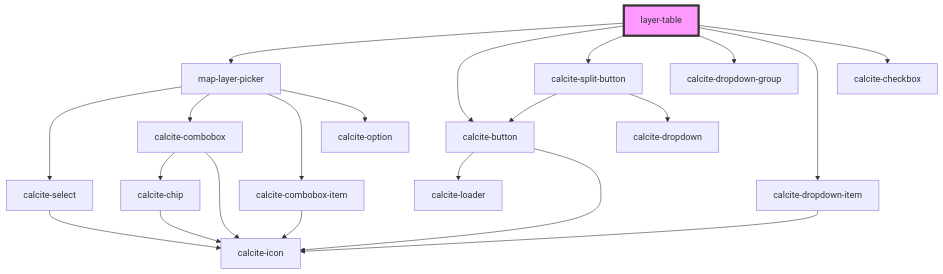
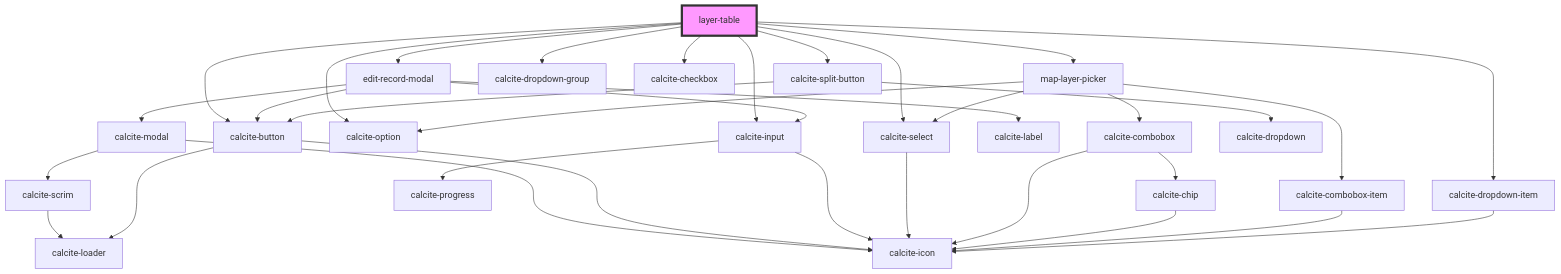
One commit to Esri/solutions-components changed the diagram in src/components/layer-table/readme.md. Above: the diagram before and after it, drawn with Mermaid. The commit also changed other lines of this file and 3 other files, not shown here.

Commit message:
layer table updates and pci update

````diff
--- a/src/components/layer-table/readme.md
+++ b/src/components/layer-table/readme.md
@@ -27,24 +31,37 @@
 ```mermaid
 graph TD;
+  layer-table --> edit-record-modal
   layer-table --> map-layer-picker
   layer-table --> calcite-button
   layer-table --> calcite-split-button
   layer-table --> calcite-dropdown-group
   layer-table --> calcite-dropdown-item
   layer-table --> calcite-checkbox
+  layer-table --> calcite-select
+  layer-table --> calcite-option
+  layer-table --> calcite-input
+  edit-record-modal --> calcite-modal
+  edit-record-modal --> calcite-label
+  edit-record-modal --> calcite-button
+  edit-record-modal --> calcite-input
+  calcite-modal --> calcite-scrim
+  calcite-modal --> calcite-icon
+  calcite-scrim --> calcite-loader
+  calcite-button --> calcite-loader
+  calcite-button --> calcite-icon
+  calcite-input --> calcite-progress
+  calcite-input --> calcite-icon
   map-layer-picker --> calcite-select
   map-layer-picker --> calcite-combobox
   map-layer-picker --> calcite-combobox-item
   map-layer-picker --> calcite-option
   calcite-select --> calcite-icon
   calcite-combobox --> calcite-chip
   calcite-combobox --> calcite-icon
   calcite-chip --> calcite-icon
   calcite-combobox-item --> calcite-icon
-  calcite-button --> calcite-loader
-  calcite-button --> calcite-icon
   calcite-split-button --> calcite-button
   calcite-split-button --> calcite-dropdown
   calcite-dropdown-item --> calcite-icon
   style layer-table fill:#f9f,stroke:#333,stroke-width:4px
 ```
````
